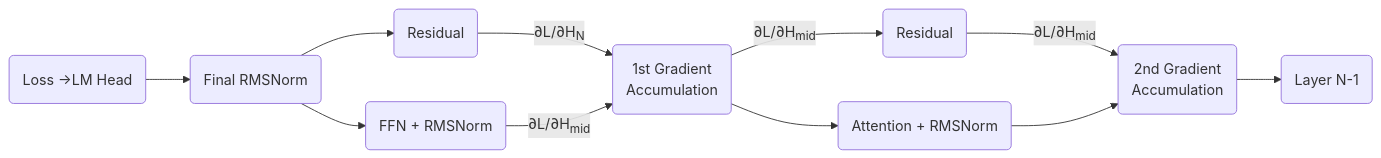
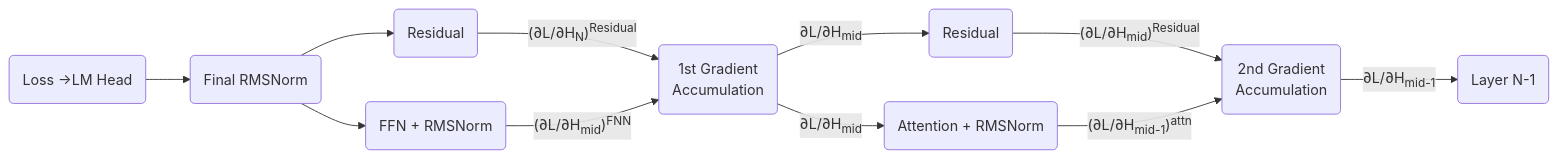
Before and after one commit to ChrisZhu2050/chriszhu2050.github.io: the diagram in docs/llm-essential-backward-pass.md, drawn with Mermaid. The commit also changed other lines of this file, not shown here.

````diff
--- a/docs/llm-essential-backward-pass.md
+++ b/docs/llm-essential-backward-pass.md
@@ -8,30 +8,30 @@
   ```mermaid
         flowchart LR
 
           a("Loss ->LM Head")
           c1("Final RMSNorm")
           b1("Residual")
           d("FFN + RMSNorm")
           d1("1st Gradient 
           Accumulation")
           e("Attention + RMSNorm")  
           e1("Residual") 
           f("2nd Gradient
            Accumulation")
           g("Layer N-1")
         
         a --> c1
         c1 --> d
         c1 --> b1
-        b1 -- ∂L/∂H<sub>N</sub>--> d1
-        d --∂L/∂H<sub>mid</sub>--> d1
+        b1 -- (∂L/∂H<sub>N</sub>)<sup>Residual</sup>--> d1
+        d --(∂L/∂H<sub>mid</sub>)<sup>FNN</sup>--> d1
         d1 --∂L/∂H<sub>mid</sub> --> e1
-        d1 --> e
-        e1 -- ∂L/∂H<sub>mid</sub>--> f
-        e --> f
-        f --> g
+        d1 --∂L/∂H<sub>mid</sub>--> e
+        e1 -- (∂L/∂H<sub>mid</sub>)<sup>Residual</sup>--> f
+        e -- (∂L/∂H<sub>mid-1</sub>)<sup>attn</sup>--> f
+        f --∂L/∂H<sub>mid-1</sub>--> g
 
 
         
 
   ```  
````
